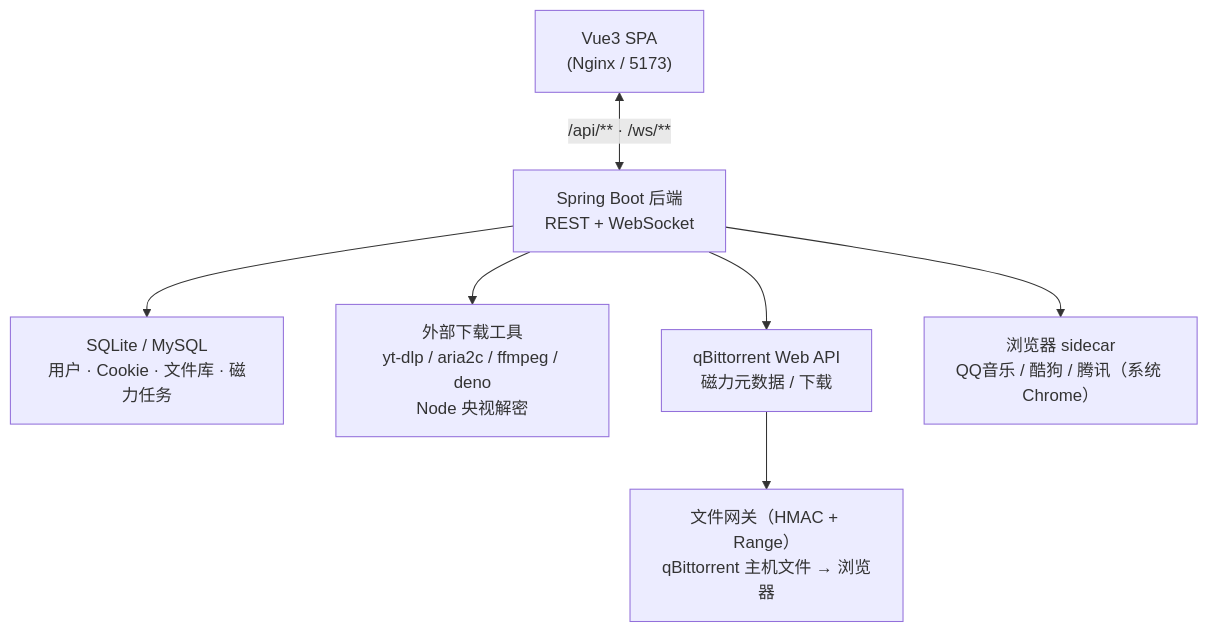
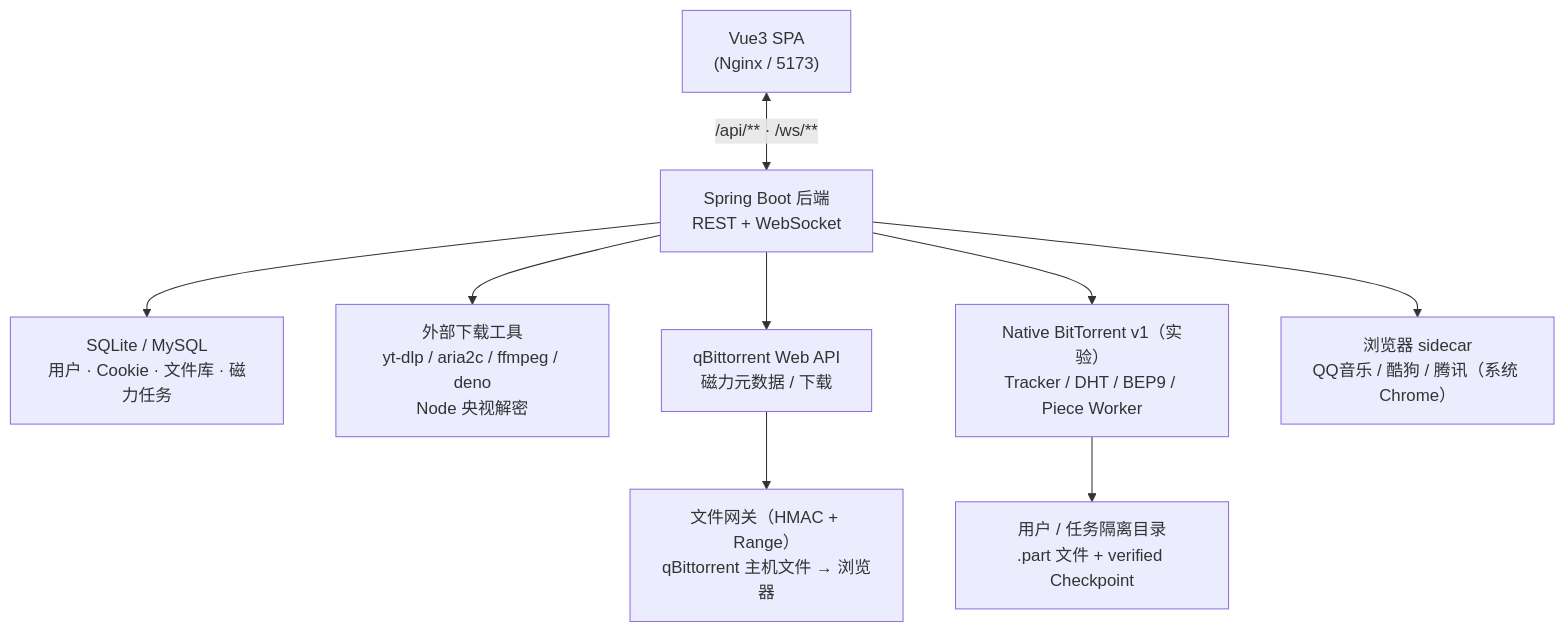
The first of 7 diagrams in README.md (cpc-lib/clipfetch), drawn with Mermaid before and after one commit. The commit also changed other lines of this file and 5 other files, not shown here.

Commit message:
文档：README 集中说明 Native BitTorrent 流程，移除过期纯设计规格

````diff
--- a/README.md
+++ b/README.md
@@ -35,9 +36,11 @@
 ```mermaid
 flowchart TB
     FE["Vue3 SPA<br/>(Nginx / 5173)"] <-->|"/api/** · /ws/**"| BE["Spring Boot 后端<br/>REST + WebSocket"]
     BE --> DB["SQLite / MySQL<br/>用户 · Cookie · 文件库 · 磁力任务"]
     BE --> TOOLS["外部下载工具<br/>yt-dlp / aria2c / ffmpeg / deno<br/>Node 央视解密"]
     BE --> QBT["qBittorrent Web API<br/>磁力元数据 / 下载"]
+    BE --> NATIVE["Native BitTorrent v1（实验）<br/>Tracker / DHT / BEP9 / Piece Worker"]
     BE --> SIDECAR["浏览器 sidecar<br/>QQ音乐 / 酷狗 / 腾讯（系统 Chrome）"]
     QBT --> GW["文件网关（HMAC + Range）<br/>qBittorrent 主机文件 → 浏览器"]
+    NATIVE --> NFS["用户 / 任务隔离目录<br/>.part 文件 + verified Checkpoint"]
 ```
````
